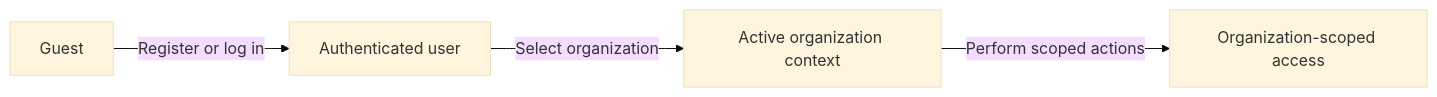
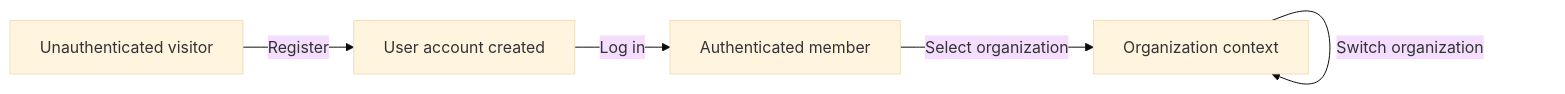
The fourth of 9 diagrams in openai/gpt-5.4-mini/erp/docs/analysis/01-actors-and-auth.md (wrtnlabs/autobe-examples), drawn with Mermaid (base theme) before and after one commit. The commit also changed other lines of this file and 9017 other files, not shown here.

````diff
--- a/openai/gpt-5.4-mini/erp/docs/analysis/01-actors-and-auth.md
+++ b/openai/gpt-5.4-mini/erp/docs/analysis/01-actors-and-auth.md
@@ -155,6 +179,7 @@
 ```mermaid
 flowchart LR
-    G["Guest"] -->|"Register or log in"| A["Authenticated user"]
-    A -->|"Select organization"| O["Active organization context"]
-    O -->|"Perform scoped actions"| S["Organization-scoped access"]
+    A["Unauthenticated visitor"] -->|"Register"| B["User account created"]
+    B -->|"Log in"| C["Authenticated member"]
+    C -->|"Select organization"| D["Organization context"]
+    D -->|"Switch organization"| D
 ```
````
